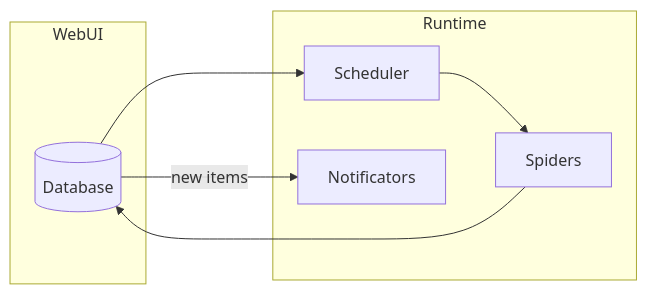
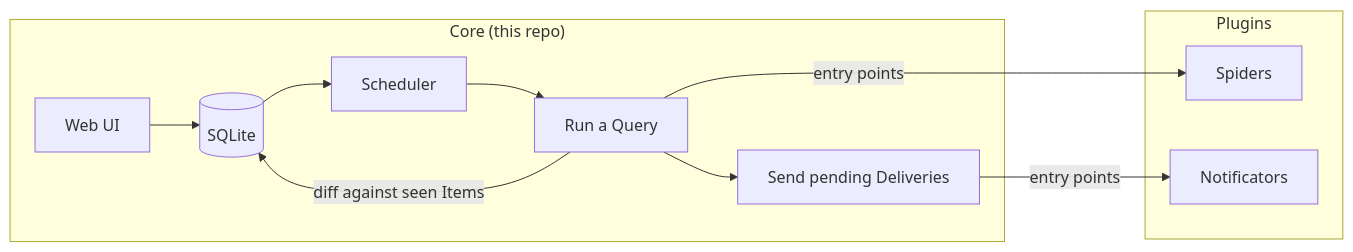
Before and after one commit to jprevc/listing-watch: the diagram in README.md, drawn with Mermaid. The commit also changed other lines of this file and 22 other files, not shown here.

````diff
--- a/README.md
+++ b/README.md
@@ -24,15 +71,16 @@
 ```mermaid
 flowchart LR
-    subgraph WebUI
-        DB[(Database)]
+    subgraph Core["Core (this repo)"]
+        UI[Web UI] --> DB[(SQLite)]
+        DB --> Scheduler
+        Scheduler --> Run[Run a Query]
+        Run -->|diff against seen Items| DB
+        Run --> Deliver[Send pending Deliveries]
     end
-    subgraph Runtime
-        Scheduler[Scheduler]
-        Spiders[Spiders]
-        Notify[Notificators]
+    subgraph Plugins
+        Spiders
+        Notificators
     end
-    DB --> Scheduler
-    Scheduler --> Spiders
-    Spiders --> DB
-    DB -->|new items| Notify
+    Run -->|entry points| Spiders
+    Deliver -->|entry points| Notificators
 ```
````
